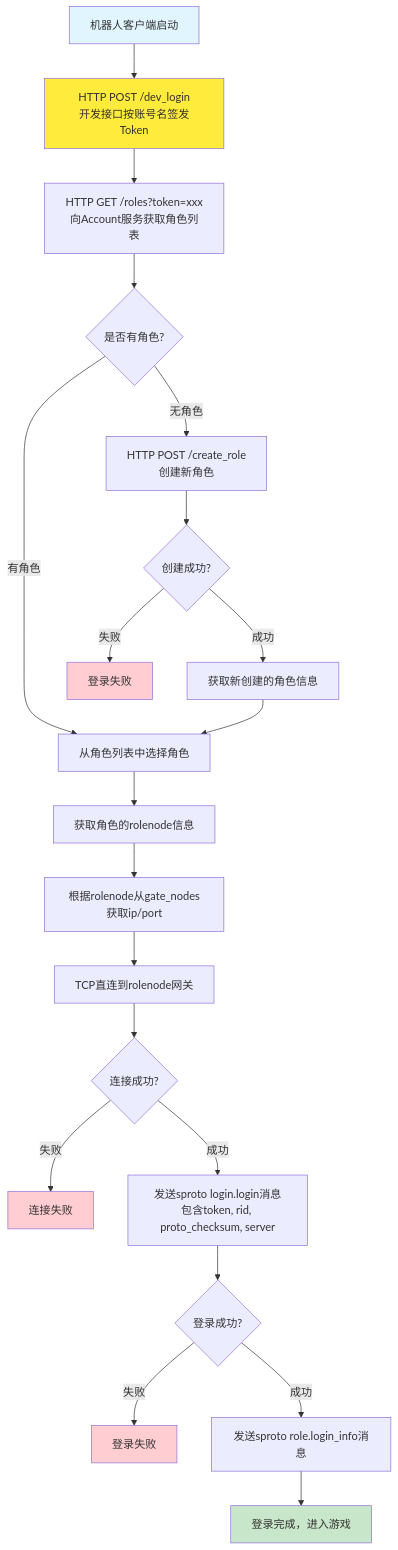
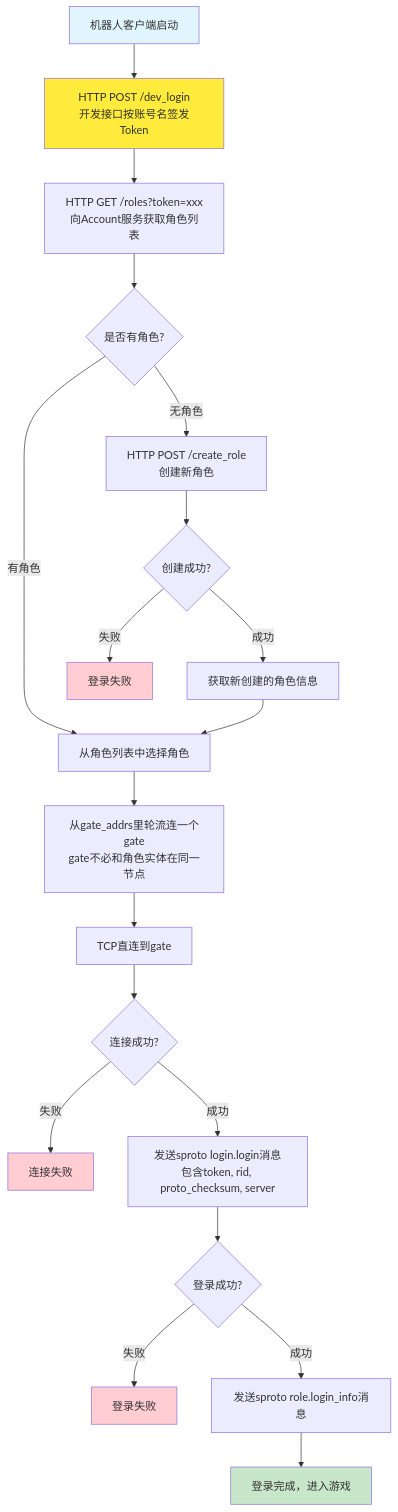
The second of 6 diagrams in docs/guide/login_diagram.md (hanxi/skyext), drawn with Mermaid before and after one commit. The commit also changed other lines of this file and 8 other files, not shown here.

````diff
--- a/docs/guide/login_diagram.md
+++ b/docs/guide/login_diagram.md
@@ -66,36 +64,35 @@
 ```mermaid
 flowchart TD
     A1[机器人客户端启动] --> B1[HTTP POST /dev_login<br/>开发接口按账号名签发Token]
     B1 --> C1[HTTP GET /roles?token=xxx<br/>向Account服务获取角色列表]
 
     C1 --> D1{是否有角色?}
 
     D1 -->|有角色| E1[从角色列表中选择角色]
     D1 -->|无角色| F1[HTTP POST /create_role<br/>创建新角色]
 
     F1 --> G1{创建成功?}
     G1 -->|成功| H1[获取新创建的角色信息]
     G1 -->|失败| I1[登录失败]
 
     H1 --> E1
-    E1 --> J1[获取角色的rolenode信息]
-    J1 --> K1[根据rolenode从gate_nodes获取ip/port]
-    K1 --> L1[TCP直连到rolenode网关]
+    E1 --> J1[从gate_addrs里轮流连一个gate<br/>gate不必和角色实体在同一节点]
+    J1 --> L1[TCP直连到gate]
 
     L1 --> M1{连接成功?}
     M1 -->|失败| N1[连接失败]
     M1 -->|成功| O1[发送sproto login.login消息<br/>包含token, rid, proto_checksum, server]
 
     O1 --> P1{登录成功?}
     P1 -->|失败| Q1[登录失败]
     P1 -->|成功| R1[发送sproto role.login_info消息]
 
     R1 --> S1[登录完成，进入游戏]
 
     style A1 fill:#e1f5fe
     style S1 fill:#c8e6c9
     style I1 fill:#ffcdd2
     style N1 fill:#ffcdd2
     style Q1 fill:#ffcdd2
     style B1 fill:#ffeb3b
 ```
````
